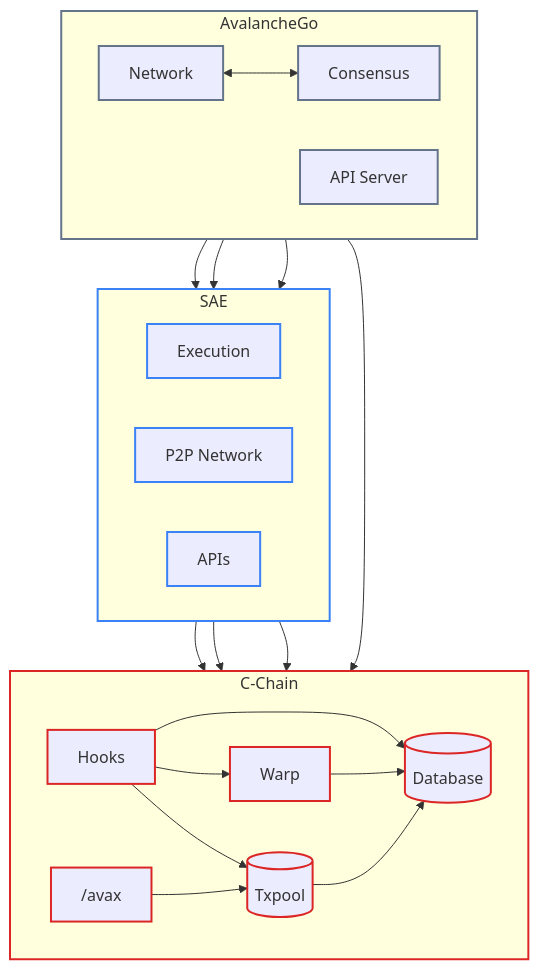
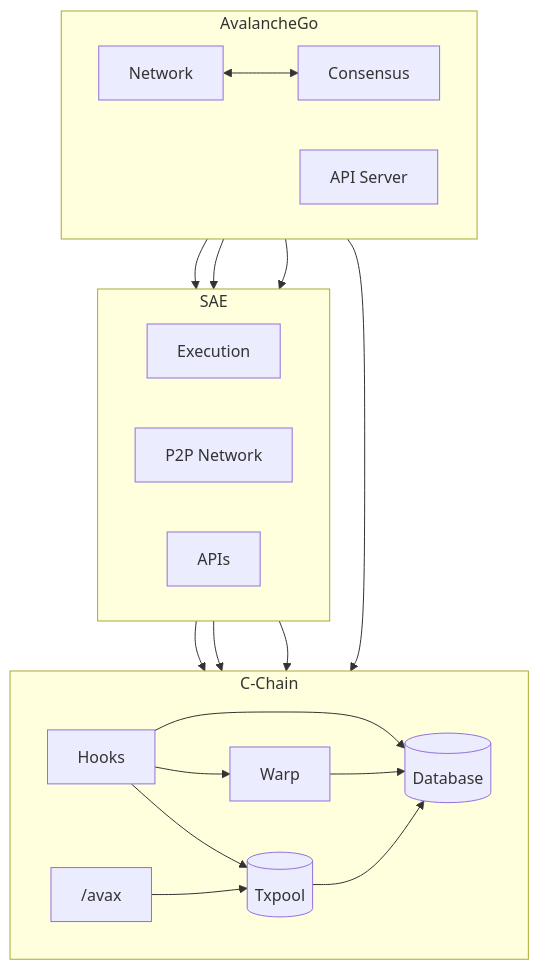
One commit to ava-labs/avalanchego changed the first of 4 diagrams in vms/saevm/cchain/README.md. Above: the diagram before and after it, drawn with Mermaid.

````diff
--- a/vms/saevm/cchain/README.md
+++ b/vms/saevm/cchain/README.md
@@ -9,55 +9,43 @@
 ```mermaid
 flowchart TB
     subgraph avago["AvalancheGo"]
         direction LR
         consensus["Consensus"]
         network["Network"]
         apiserver["API Server"]
     end
 
     subgraph sae["SAE"]
         direction LR
         execution["Execution"]
         p2pn["P2P Network"]
         apis_sae["APIs"]
     end
 
     subgraph cchain["C-Chain"]
         direction LR
         hook["Hooks"]
         warp["Warp"]
         db[("Database")]
         txpool[("Txpool")]
         avax["/avax"]
     end
 
     network <--> consensus
     network --> p2pn
     consensus --> execution
     apiserver --> apis_sae
     apiserver --> avax
     execution --> hook
 
     hook --> warp
     p2pn --> warp
 
     hook --> txpool
     p2pn --> txpool
     avax --> txpool
 
     hook --> db
     warp --> db
     txpool --> db
-
-    classDef avagoNode stroke:#64748B,stroke-width:2px
-    classDef saeNode stroke:#3B82F6,stroke-width:2px
-    classDef cchainNode stroke:#DC2626,stroke-width:2px
-
-    class consensus,network,apiserver avagoNode
-    class execution,p2pn,apis_sae saeNode
-    class hook,warp,db,txpool,avax cchainNode
-
-    style avago stroke:#64748B,stroke-width:2px
-    style sae stroke:#3B82F6,stroke-width:2px
-    style cchain stroke:#DC2626,stroke-width:2px
 ```
````
